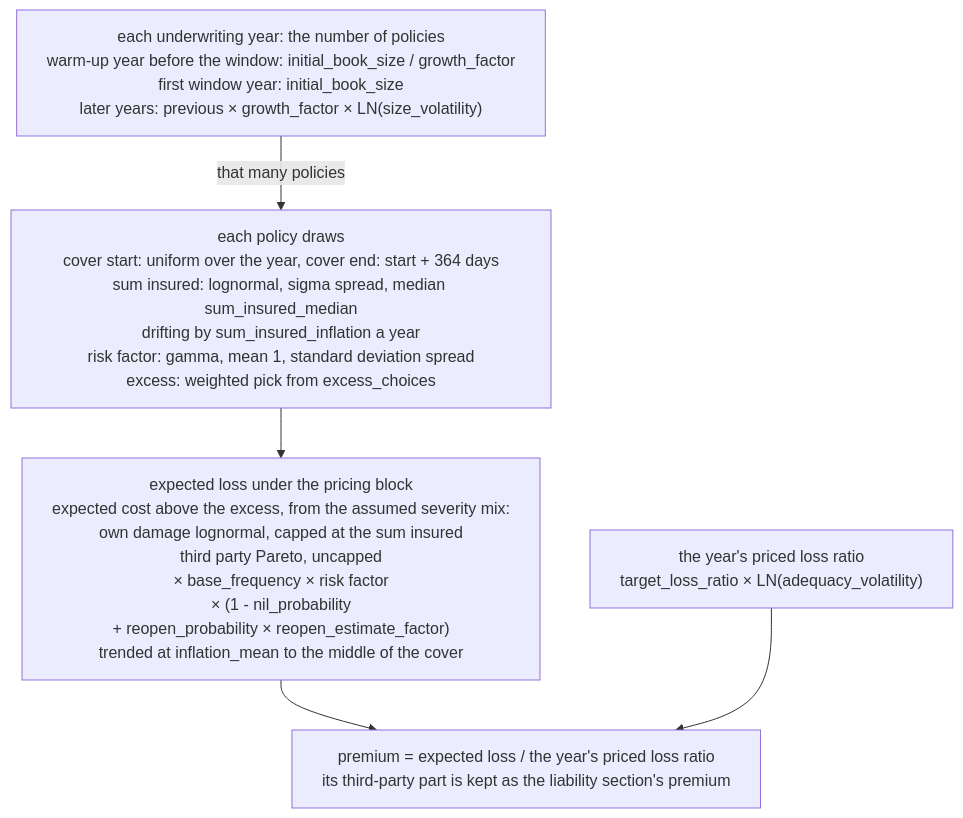
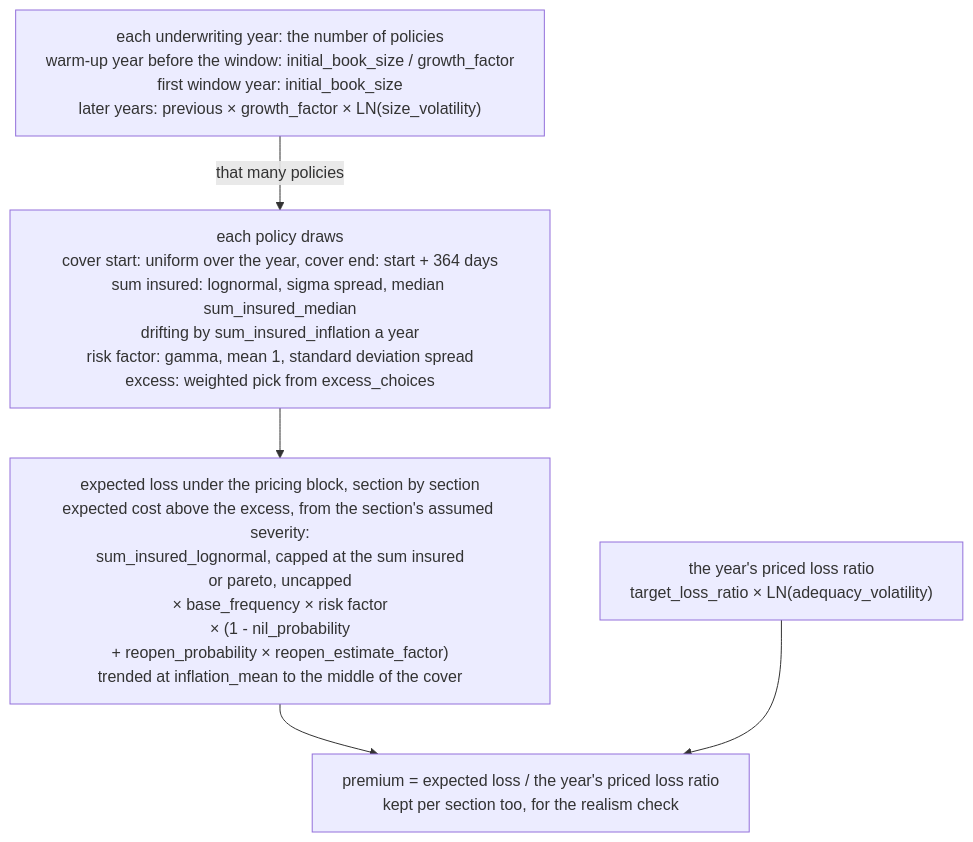
Before and after one commit to le-marais/claims-data-generator: the third of 10 diagrams in README.md, drawn with Mermaid. The commit also changed other lines of this file and 36 other files, not shown here.

````diff
--- a/README.md
+++ b/README.md
@@ -124,11 +124,11 @@
 ```mermaid
 %%{init: {"flowchart": {"wrappingWidth": 480}}}%%
 flowchart TD
     size["each underwriting year: the number of policies<br/>warm-up year before the window: initial_book_size / growth_factor<br/>first window year: initial_book_size<br/>later years: previous × growth_factor × LN(size_volatility)"]
     priced["the year's priced loss ratio<br/>target_loss_ratio × LN(adequacy_volatility)"]
     draws["each policy draws<br/>cover start: uniform over the year, cover end: start + 364 days<br/>sum insured: lognormal, sigma spread, median sum_insured_median<br/>drifting by sum_insured_inflation a year<br/>risk factor: gamma, mean 1, standard deviation spread<br/>excess: weighted pick from excess_choices"]
-    expected["expected loss under the pricing block<br/>expected cost above the excess, from the assumed severity mix:<br/>own damage lognormal, capped at the sum insured<br/>third party Pareto, uncapped<br/>× base_frequency × risk factor<br/>× (1 - nil_probability<br/>+ reopen_probability × reopen_estimate_factor)<br/>trended at inflation_mean to the middle of the cover"]
-    premium["premium = expected loss / the year's priced loss ratio<br/>its third-party part is kept as the liability section's premium"]
+    expected["expected loss under the pricing block, section by section<br/>expected cost above the excess, from the section's assumed severity:<br/>sum_insured_lognormal, capped at the sum insured<br/>or pareto, uncapped<br/>× base_frequency × risk factor<br/>× (1 - nil_probability<br/>+ reopen_probability × reopen_estimate_factor)<br/>trended at inflation_mean to the middle of the cover"]
+    premium["premium = expected loss / the year's priced loss ratio<br/>kept per section too, for the realism check"]
     size -- "that many policies" --> draws --> expected --> premium
     priced --> premium
 ```
````
